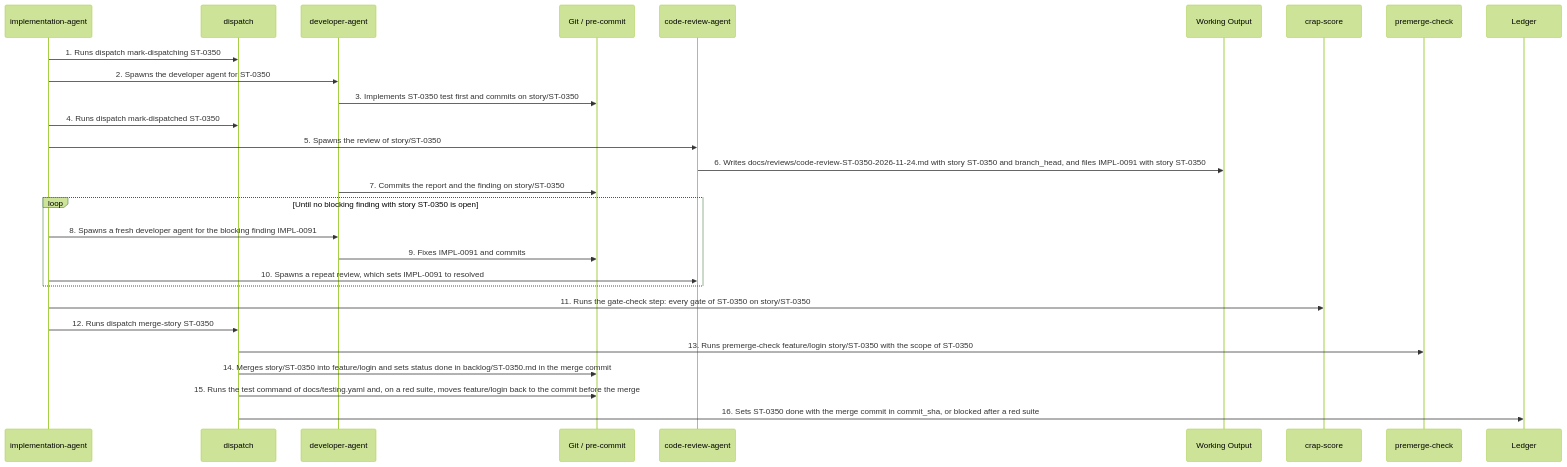
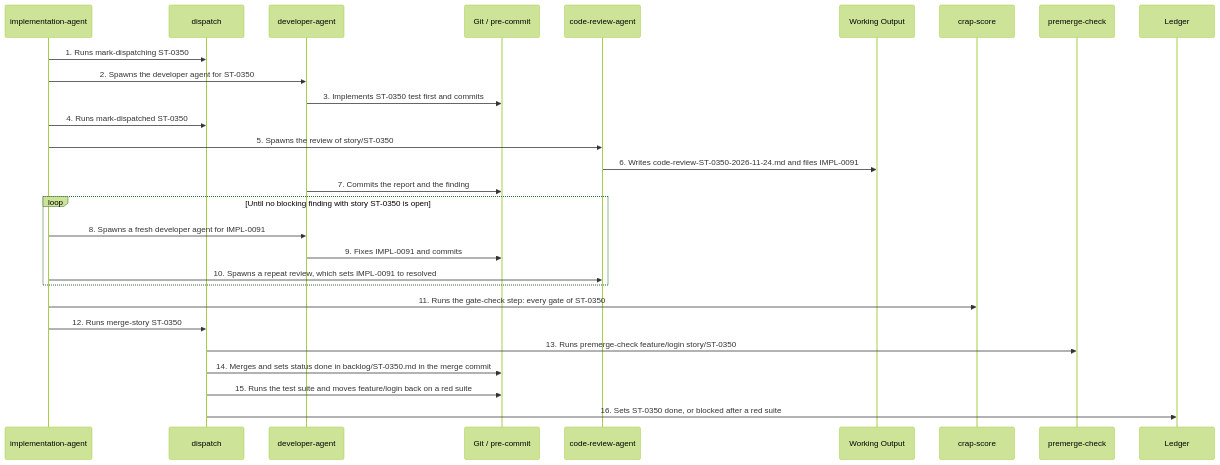
Diagram 32 of 36 in docs/arc42/06_runtime_view.md (matthiasdaues/agent_factory), drawn with Mermaid (forest theme) before and after one commit. The commit also changed other lines of this file and 67 other files, not shown here.

First line of the commit message:
refactor: address the ATAM review of the run lifecycle architecture (ATAM-0021 to ATAM-0026)

````diff
--- a/docs/arc42/06_runtime_view.md
+++ b/docs/arc42/06_runtime_view.md
@@ -1316,31 +1323,31 @@
 ```mermaid
 sequenceDiagram
     participant IA as implementation-agent
     participant D as dispatch
     participant DA as developer-agent
     participant G as Git / pre-commit
     participant CRA as code-review-agent
     participant WO as Working Output
     participant CS as crap-score
     participant PC as premerge-check
     participant L as Ledger
 
-    IA->>D: 1. Runs dispatch mark-dispatching ST-0350
+    IA->>D: 1. Runs mark-dispatching ST-0350
     IA->>DA: 2. Spawns the developer agent for ST-0350
-    DA->>G: 3. Implements ST-0350 test first and commits on story/ST-0350
-    IA->>D: 4. Runs dispatch mark-dispatched ST-0350
+    DA->>G: 3. Implements ST-0350 test first and commits
+    IA->>D: 4. Runs mark-dispatched ST-0350
     IA->>CRA: 5. Spawns the review of story/ST-0350
-    CRA->>WO: 6. Writes docs/reviews/code-review-ST-0350-2026-11-24.md with story ST-0350 and branch_head, and files IMPL-0091 with story ST-0350
-    DA->>G: 7. Commits the report and the finding on story/ST-0350
+    CRA->>WO: 6. Writes code-review-ST-0350-2026-11-24.md and files IMPL-0091
+    DA->>G: 7. Commits the report and the finding
     loop Until no blocking finding with story ST-0350 is open
-        IA->>DA: 8. Spawns a fresh developer agent for the blocking finding IMPL-0091
+        IA->>DA: 8. Spawns a fresh developer agent for IMPL-0091
         DA->>G: 9. Fixes IMPL-0091 and commits
         IA->>CRA: 10. Spawns a repeat review, which sets IMPL-0091 to resolved
     end
-    IA->>CS: 11. Runs the gate-check step: every gate of ST-0350 on story/ST-0350
-    IA->>D: 12. Runs dispatch merge-story ST-0350
-    D->>PC: 13. Runs premerge-check feature/login story/ST-0350 with the scope of ST-0350
-    D->>G: 14. Merges story/ST-0350 into feature/login and sets status done in backlog/ST-0350.md in the merge commit
-    D->>G: 15. Runs the test command of docs/testing.yaml and, on a red suite, moves feature/login back to the commit before the merge
-    D->>L: 16. Sets ST-0350 done with the merge commit in commit_sha, or blocked after a red suite
+    IA->>CS: 11. Runs the gate-check step: every gate of ST-0350
+    IA->>D: 12. Runs merge-story ST-0350
+    D->>PC: 13. Runs premerge-check feature/login story/ST-0350
+    D->>G: 14. Merges and sets status done in backlog/ST-0350.md in the merge commit
+    D->>G: 15. Runs the test suite and moves feature/login back on a red suite
+    D->>L: 16. Sets ST-0350 done, or blocked after a red suite
 ```
````
